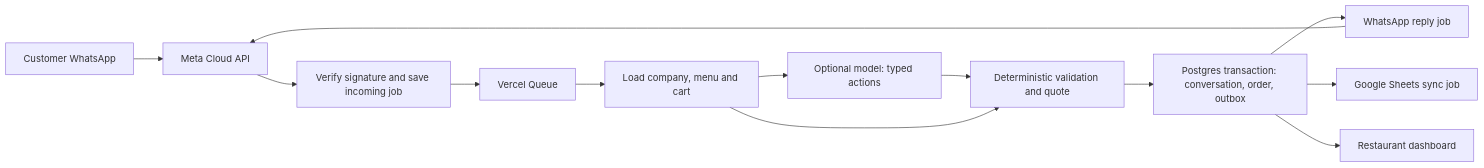
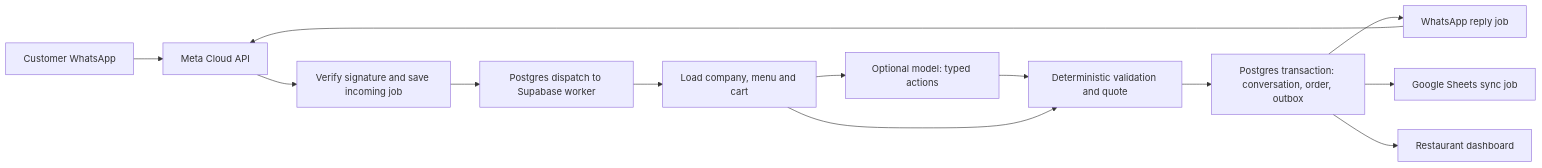
Before and after one commit to RayyanRS6/orderly: the diagram in README.md, drawn with Mermaid. The commit also changed other lines of this file and 36 other files, not shown here.

````diff
--- a/README.md
+++ b/README.md
@@ -56,15 +56,15 @@
 ```mermaid
 flowchart LR
     Customer[Customer WhatsApp] --> Meta[Meta Cloud API]
     Meta --> Webhook[Verify signature and save incoming job]
-    Webhook --> Queue[Vercel Queue]
+    Webhook --> Queue[Postgres dispatch to Supabase worker]
     Queue --> Context[Load company, menu and cart]
     Context --> Model[Optional model: typed actions]
     Model --> Rules[Deterministic validation and quote]
     Context --> Rules
     Rules --> Commit[Postgres transaction: conversation, order, outbox]
     Commit --> Reply[WhatsApp reply job]
     Reply --> Meta
     Commit --> Sheet[Google Sheets sync job]
     Commit --> Staff[Restaurant dashboard]
 ```
````
